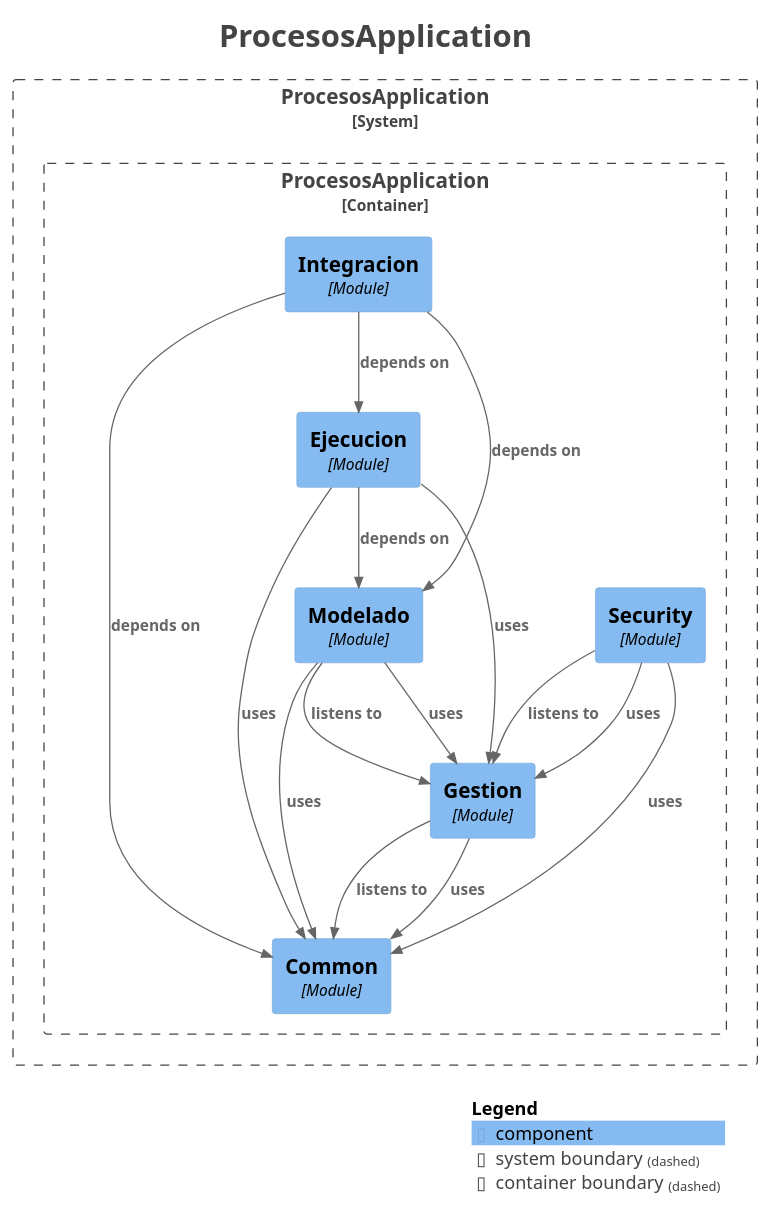
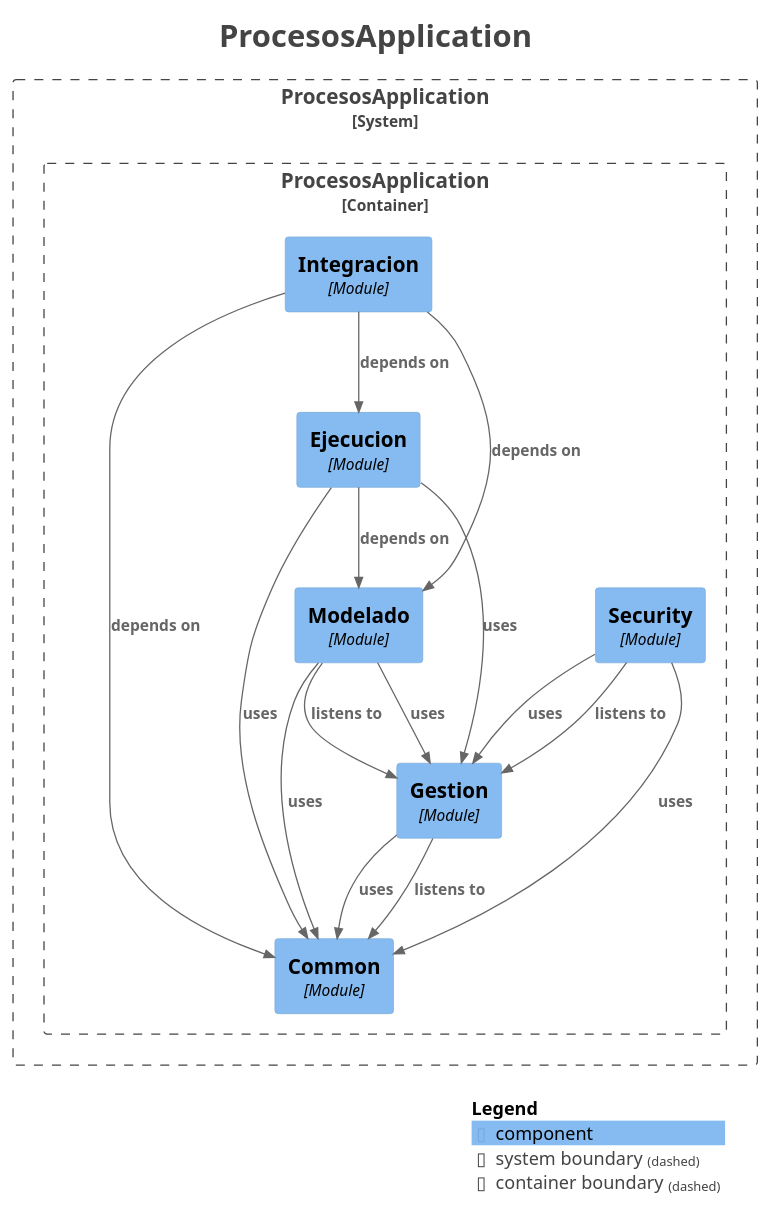
Before and after one commit to AndresContreras1/bpmn-process-manager-api: the diagram in docs/modules/components.puml, drawn with PlantUML. The commit also changed other lines of this file and 41 other files, not shown here.

```diff
--- a/docs/modules/components.puml
+++ b/docs/modules/components.puml
@@ -1,47 +1,47 @@
 @startuml
 title <size:24>ProcesosApplication</size>
 
 set separator none
 top to bottom direction
 
 <style>
   root {
     BackgroundColor: #ffffff
     FontColor: #444444
   }
 </style>
 
 !include <C4/C4>
 !include <C4/C4_Context>
 !include <C4/C4_Component>
 
 System_Boundary("ProcesosApplication_boundary", "ProcesosApplication", $tags="") {
   Container_Boundary("ProcesosApplication.ProcesosApplication_boundary", "ProcesosApplication", $tags="") {
     Component(ProcesosApplication.ProcesosApplication.Common, "Common", $techn="Module", $descr="", $tags="", $link="")
     Component(ProcesosApplication.ProcesosApplication.Gestion, "Gestion", $techn="Module", $descr="", $tags="", $link="")
     Component(ProcesosApplication.ProcesosApplication.Modelado, "Modelado", $techn="Module", $descr="", $tags="", $link="")
     Component(ProcesosApplication.ProcesosApplication.Security, "Security", $techn="Module", $descr="", $tags="", $link="")
     Component(ProcesosApplication.ProcesosApplication.Ejecucion, "Ejecucion", $techn="Module", $descr="", $tags="", $link="")
     Component(ProcesosApplication.ProcesosApplication.Integracion, "Integracion", $techn="Module", $descr="", $tags="", $link="")
   }
 
 }
 
-Rel(ProcesosApplication.ProcesosApplication.Security, ProcesosApplication.ProcesosApplication.Gestion, "uses", $techn="", $tags="", $link="")
-Rel(ProcesosApplication.ProcesosApplication.Security, ProcesosApplication.ProcesosApplication.Common, "uses", $techn="", $tags="", $link="")
-Rel(ProcesosApplication.ProcesosApplication.Ejecucion, ProcesosApplication.ProcesosApplication.Modelado, "depends on", $techn="", $tags="", $link="")
-Rel(ProcesosApplication.ProcesosApplication.Ejecucion, ProcesosApplication.ProcesosApplication.Common, "uses", $techn="", $tags="", $link="")
-Rel(ProcesosApplication.ProcesosApplication.Ejecucion, ProcesosApplication.ProcesosApplication.Gestion, "uses", $techn="", $tags="", $link="")
-Rel(ProcesosApplication.ProcesosApplication.Modelado, ProcesosApplication.ProcesosApplication.Gestion, "listens to", $techn="", $tags="", $link="")
-Rel(ProcesosApplication.ProcesosApplication.Modelado, ProcesosApplication.ProcesosApplication.Gestion, "uses", $techn="", $tags="", $link="")
-Rel(ProcesosApplication.ProcesosApplication.Modelado, ProcesosApplication.ProcesosApplication.Common, "uses", $techn="", $tags="", $link="")
-Rel(ProcesosApplication.ProcesosApplication.Gestion, ProcesosApplication.ProcesosApplication.Common, "listens to", $techn="", $tags="", $link="")
 Rel(ProcesosApplication.ProcesosApplication.Gestion, ProcesosApplication.ProcesosApplication.Common, "uses", $techn="", $tags="", $link="")
 Rel(ProcesosApplication.ProcesosApplication.Integracion, ProcesosApplication.ProcesosApplication.Ejecucion, "depends on", $techn="", $tags="", $link="")
 Rel(ProcesosApplication.ProcesosApplication.Integracion, ProcesosApplication.ProcesosApplication.Modelado, "depends on", $techn="", $tags="", $link="")
 Rel(ProcesosApplication.ProcesosApplication.Integracion, ProcesosApplication.ProcesosApplication.Common, "depends on", $techn="", $tags="", $link="")
+Rel(ProcesosApplication.ProcesosApplication.Modelado, ProcesosApplication.ProcesosApplication.Gestion, "listens to", $techn="", $tags="", $link="")
+Rel(ProcesosApplication.ProcesosApplication.Modelado, ProcesosApplication.ProcesosApplication.Gestion, "uses", $techn="", $tags="", $link="")
+Rel(ProcesosApplication.ProcesosApplication.Modelado, ProcesosApplication.ProcesosApplication.Common, "uses", $techn="", $tags="", $link="")
+Rel(ProcesosApplication.ProcesosApplication.Ejecucion, ProcesosApplication.ProcesosApplication.Modelado, "depends on", $techn="", $tags="", $link="")
+Rel(ProcesosApplication.ProcesosApplication.Ejecucion, ProcesosApplication.ProcesosApplication.Common, "uses", $techn="", $tags="", $link="")
+Rel(ProcesosApplication.ProcesosApplication.Ejecucion, ProcesosApplication.ProcesosApplication.Gestion, "uses", $techn="", $tags="", $link="")
 Rel(ProcesosApplication.ProcesosApplication.Security, ProcesosApplication.ProcesosApplication.Gestion, "listens to", $techn="", $tags="", $link="")
+Rel(ProcesosApplication.ProcesosApplication.Security, ProcesosApplication.ProcesosApplication.Gestion, "uses", $techn="", $tags="", $link="")
+Rel(ProcesosApplication.ProcesosApplication.Security, ProcesosApplication.ProcesosApplication.Common, "uses", $techn="", $tags="", $link="")
+Rel(ProcesosApplication.ProcesosApplication.Gestion, ProcesosApplication.ProcesosApplication.Common, "listens to", $techn="", $tags="", $link="")
 
 SHOW_LEGEND(true)
 hide stereotypes
 @enduml
```
